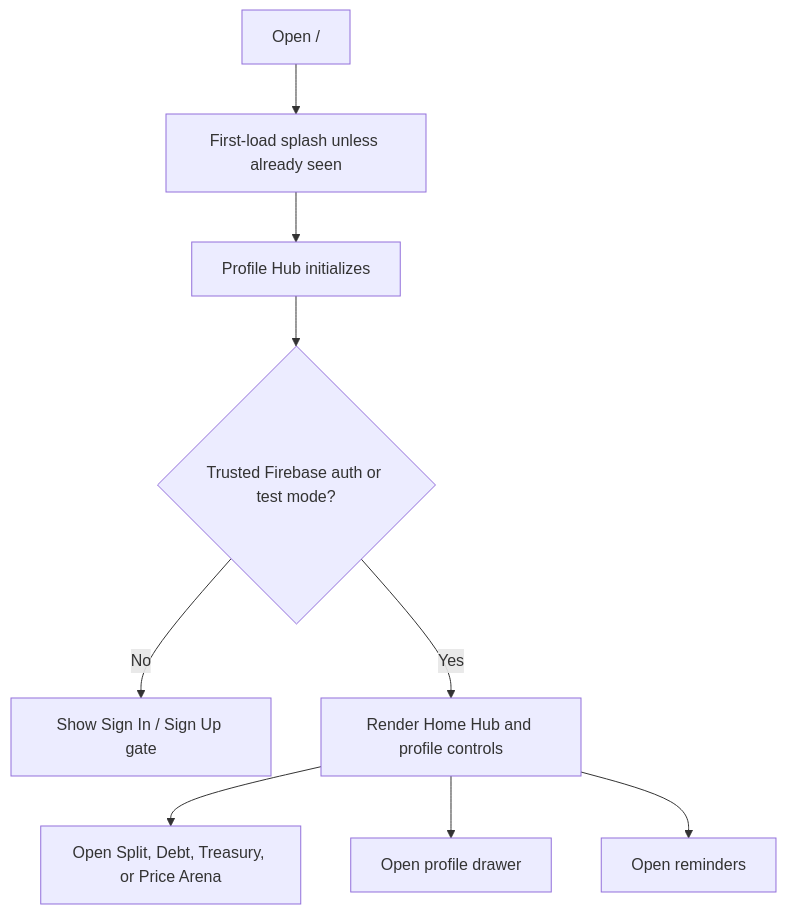
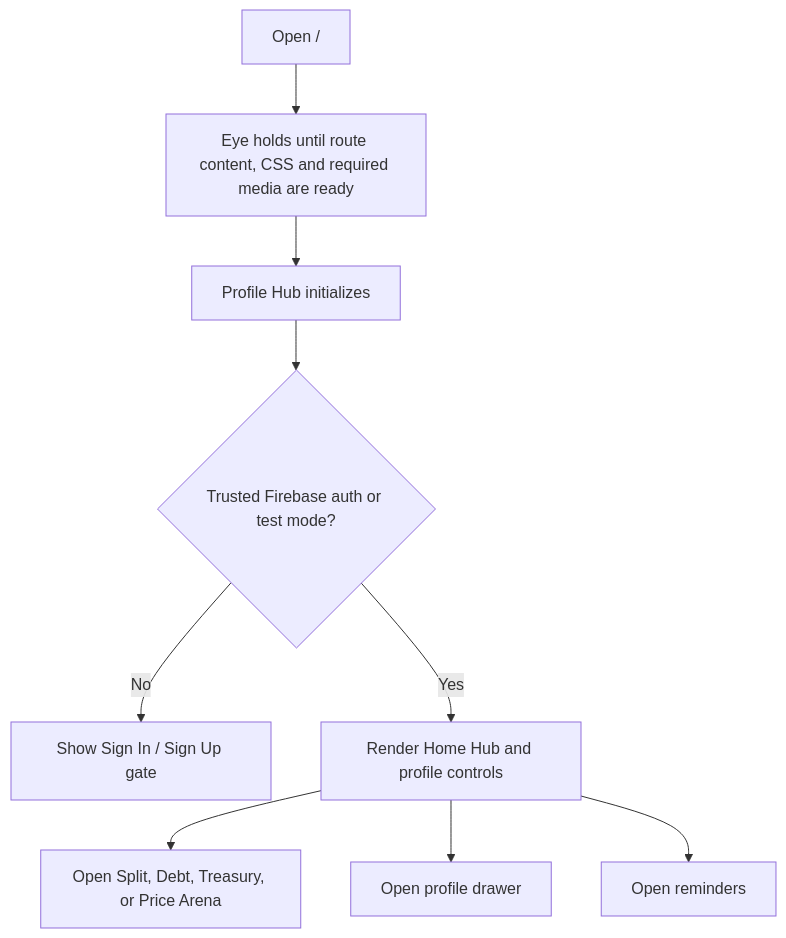
Before and after one commit to purichw/coin-quest-ledger: the third of 17 diagrams in SITE_MAP_AND_INTERACTIONS.md, drawn with Mermaid. The commit also changed other lines of this file and 256 other files, not shown here.

````diff
--- a/SITE_MAP_AND_INTERACTIONS.md
+++ b/SITE_MAP_AND_INTERACTIONS.md
@@ -121,11 +121,11 @@
 ```mermaid
 flowchart TD
-  Visit["Open /"] --> FirstLoad["First-load splash unless already seen"]
+  Visit["Open /"] --> FirstLoad["Eye holds until route content, CSS and required media are ready"]
   FirstLoad --> ProfileGate["Profile Hub initializes"]
   ProfileGate --> AuthState{"Trusted Firebase auth or test mode?"}
   AuthState -->|No| Login["Show Sign In / Sign Up gate"]
   AuthState -->|Yes| Hub["Render Home Hub and profile controls"]
   Hub --> Modules["Open Split, Debt, Treasury, or Price Arena"]
   Hub --> Profile["Open profile drawer"]
   Hub --> Reminders["Open reminders"]
 ```
````
